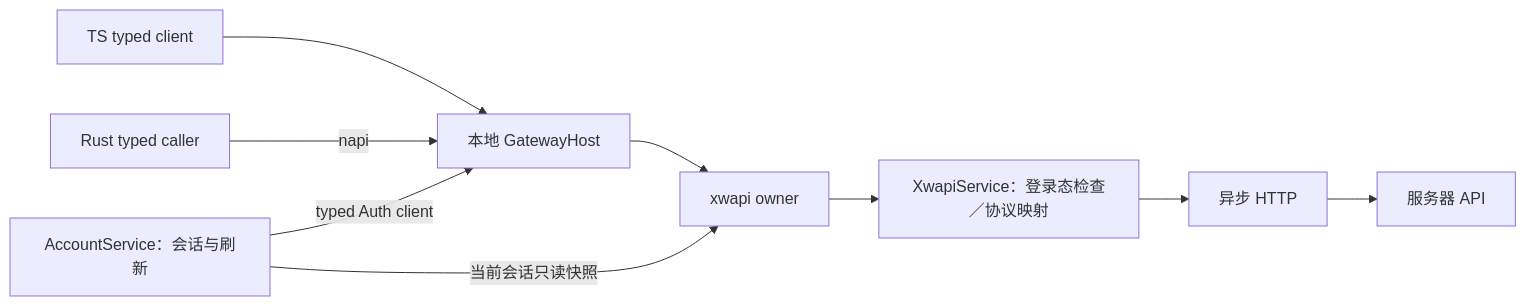
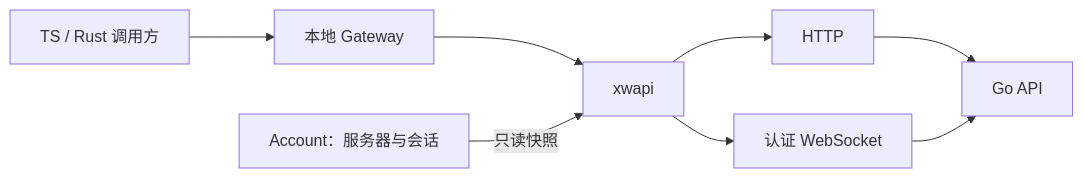
Before and after one commit to tctony-labs/xiaowei: the diagram in docs/xwapi.md, drawn with Mermaid. The commit also changed other lines of this file and 95 other files, not shown here.

First line of the commit message:
feat(server): unify APIs over HTTP and authenticated WebSocket

````diff
--- a/docs/xwapi.md
+++ b/docs/xwapi.md
@@ -5,11 +5,7 @@
 ```mermaid
 flowchart LR
-    TS["TS typed client"] --> Host["本地 GatewayHost"]
-    Rust["Rust typed caller"] -->|"napi"| Host
-    Host --> Owner["xwapi owner"]
-    Account["AccountService：会话与刷新"] -->|"当前会话只读快照"| Owner
-    Owner --> Executor["XwapiService：登录态检查／协议映射"]
-    Account -->|"typed Auth client"| Host
-    Executor --> HTTP["异步 HTTP"]
-    HTTP --> Server["服务器 API"]
+    Caller["TS / Rust 调用方"] --> Gateway["本地 Gateway"] --> Xwapi["xwapi"]
+    Account["Account：服务器与会话"] -->|"只读快照"| Xwapi
+    Xwapi --> HTTP["HTTP"] --> Server["Go API"]
+    Xwapi --> WS["认证 WebSocket"] --> Server
 ```
````
